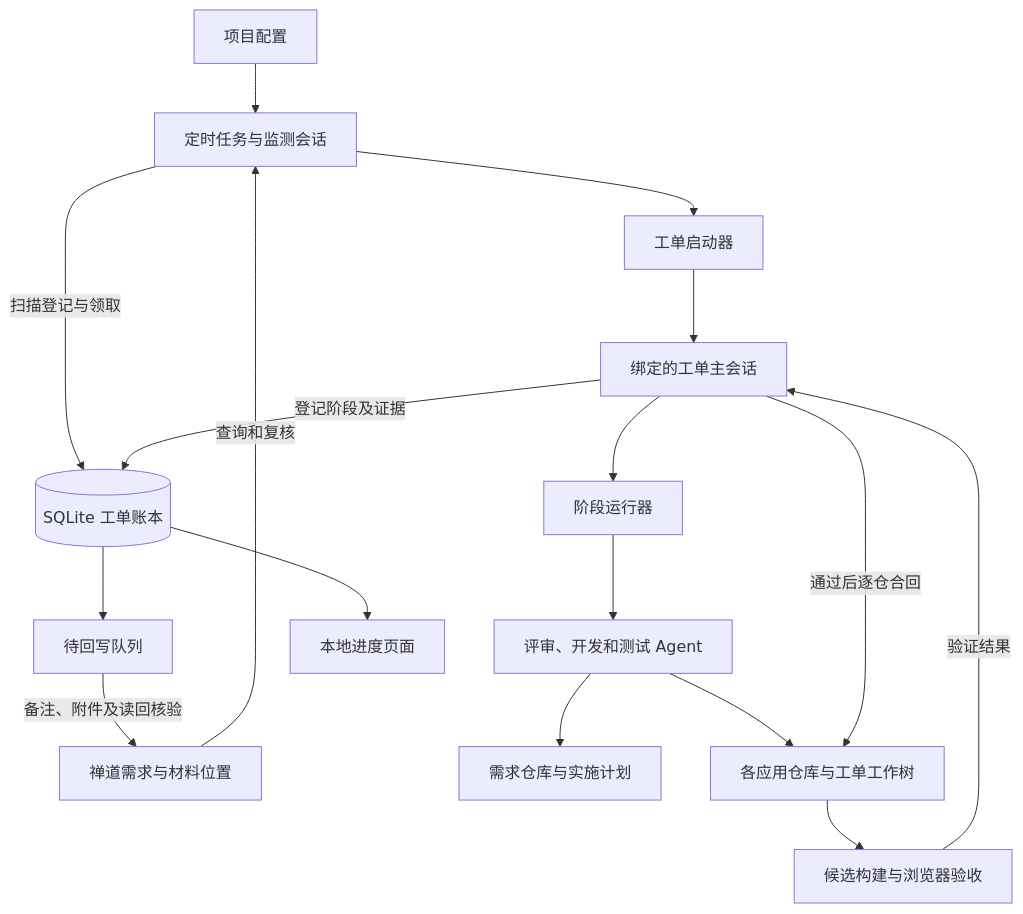
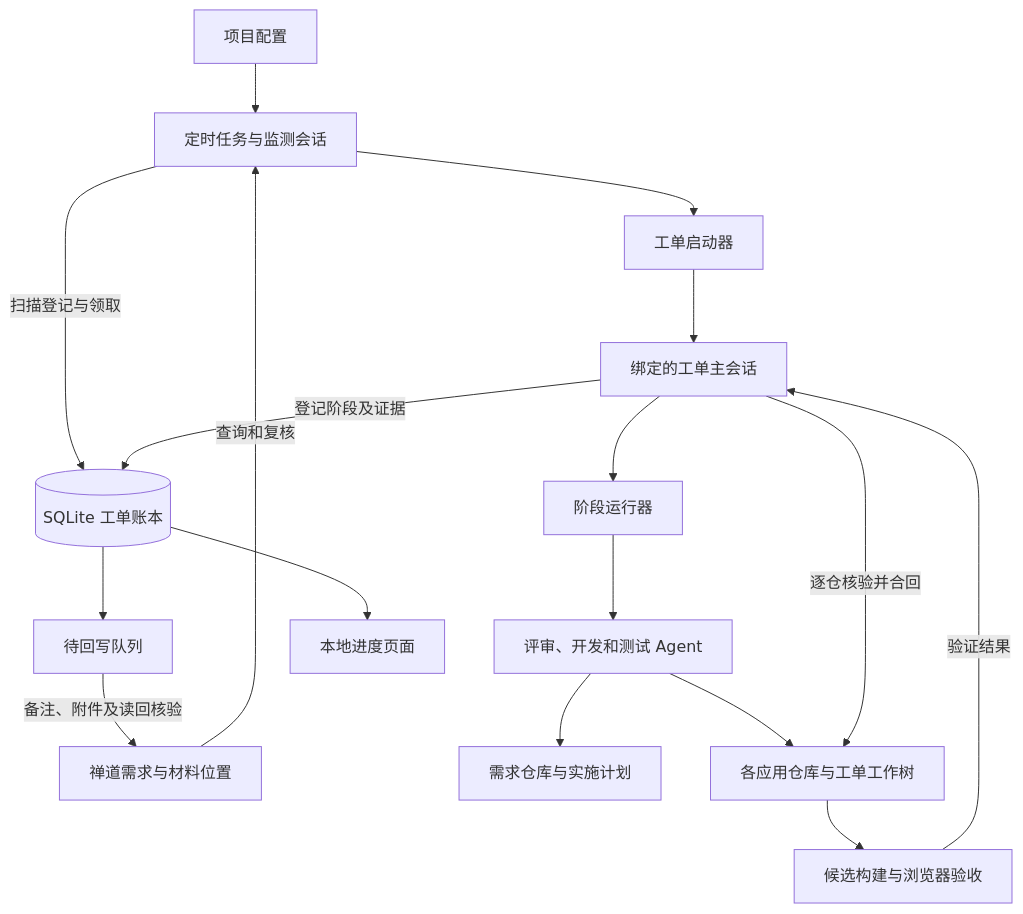
The third of 3 diagrams in docs/完整的设计实现整理.md (hewenchun1314/RealtimeMonitoringandMultiwarehouseCollaboration), drawn with Mermaid before and after one commit. The commit also changed other lines of this file and 17 other files, not shown here.

````diff
--- a/docs/完整的设计实现整理.md
+++ b/docs/完整的设计实现整理.md
@@ -161,19 +156,19 @@
 ```mermaid
 flowchart TB
     CFG[项目配置] --> M[定时任务与监测会话]
     Z[禅道需求与材料位置] -->|查询和复核| M
     M -->|扫描登记与领取| DB[(SQLite 工单账本)]
     M --> W[工单启动器]
     W --> C[绑定的工单主会话]
     C -->|登记阶段及证据| DB
     C --> R[阶段运行器]
     R --> A[评审、开发和测试 Agent]
     A --> Q[需求仓库与实施计划]
     A --> G[各应用仓库与工单工作树]
     G --> E[候选构建与浏览器验收]
     E -->|验证结果| C
-    C -->|通过后逐仓合回| G
+    C -->|逐仓核验并合回| G
     DB --> O[待回写队列]
     O -->|备注、附件及读回核验| Z
     DB --> S[本地进度页面]
 ```
````
